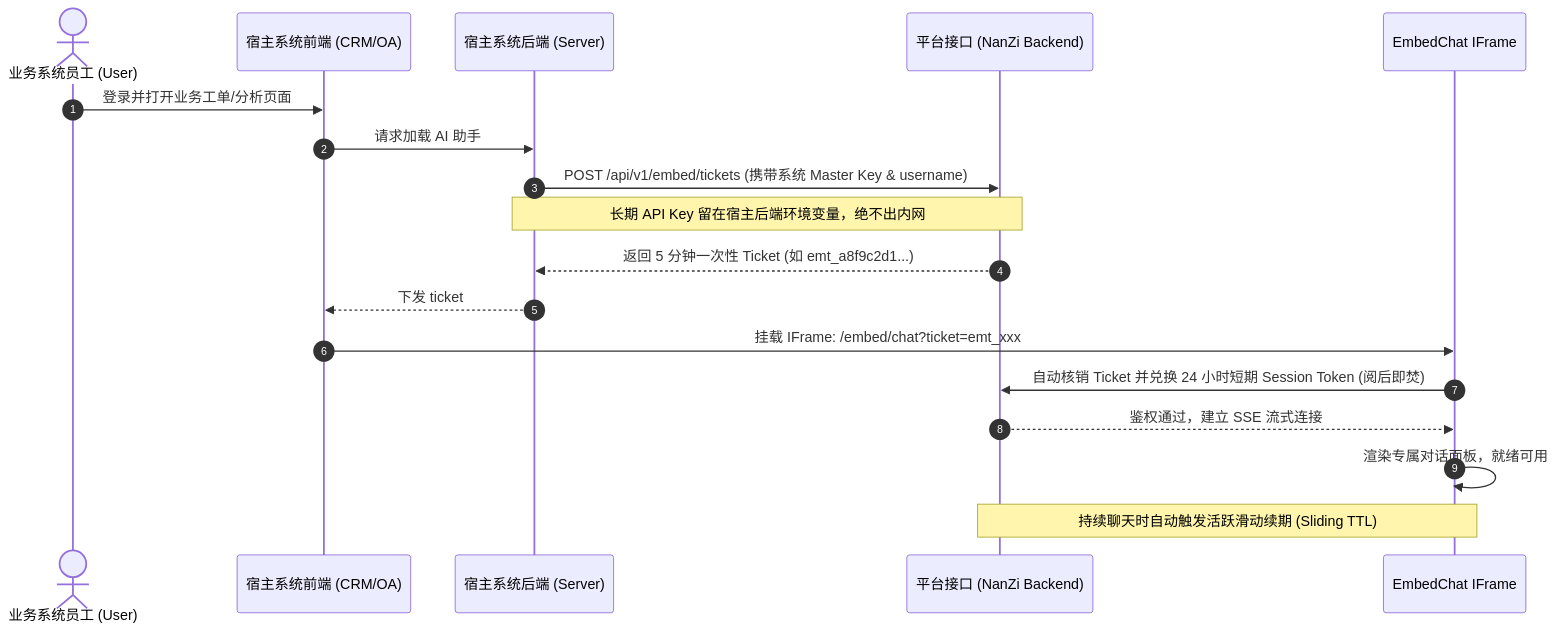
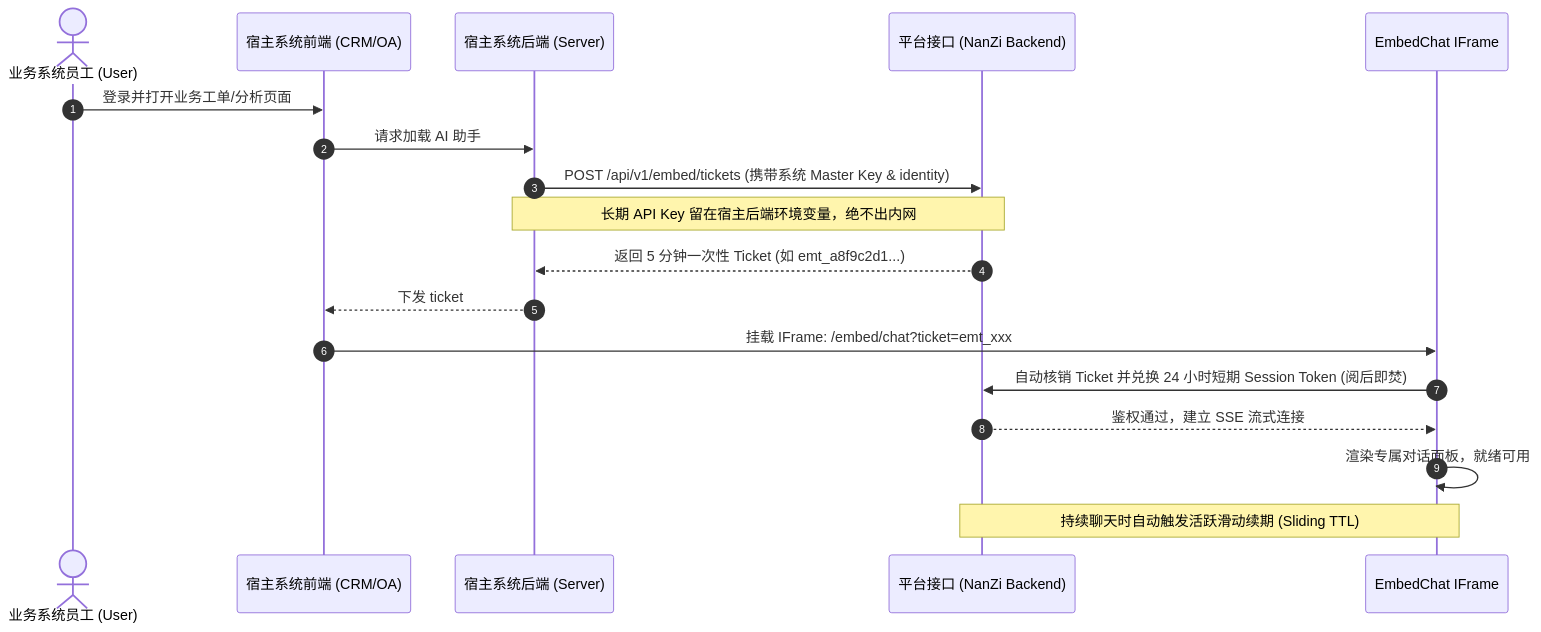
Before and after one commit to kongge-cfw/agent-platform: the eighth of 20 diagrams in FAQ.md, drawn with Mermaid. The commit also changed other lines of this file and 51 other files, not shown here.

````diff
--- a/FAQ.md
+++ b/FAQ.md
@@ -1043,21 +1043,21 @@
 ```mermaid
 sequenceDiagram
     autonumber
     actor User as 业务系统员工 (User)
     participant HostFront as 宿主系统前端 (CRM/OA)
     participant HostBack as 宿主系统后端 (Server)
     participant NanziAPI as 平台接口 (NanZi Backend)
     participant EmbedFrame as EmbedChat IFrame
 
     User->>HostFront: 登录并打开业务工单/分析页面
     HostFront->>HostBack: 请求加载 AI 助手
-    HostBack->>NanziAPI: POST /api/v1/embed/tickets (携带系统 Master Key & username)
+    HostBack->>NanziAPI: POST /api/v1/embed/tickets (携带系统 Master Key & identity)
     Note over HostBack,NanziAPI: 长期 API Key 留在宿主后端环境变量，绝不出内网
     NanziAPI-->>HostBack: 返回 5 分钟一次性 Ticket (如 emt_a8f9c2d1...)
     HostBack-->>HostFront: 下发 ticket
     HostFront->>EmbedFrame: 挂载 IFrame: /embed/chat?ticket=emt_xxx
     EmbedFrame->>NanziAPI: 自动核销 Ticket 并兑换 24 小时短期 Session Token (阅后即焚)
     NanziAPI-->>EmbedFrame: 鉴权通过，建立 SSE 流式连接
     EmbedFrame->>EmbedFrame: 渲染专属对话面板，就绪可用
     Note over EmbedFrame,NanziAPI: 持续聊天时自动触发活跃滑动续期 (Sliding TTL)
 ```
````
